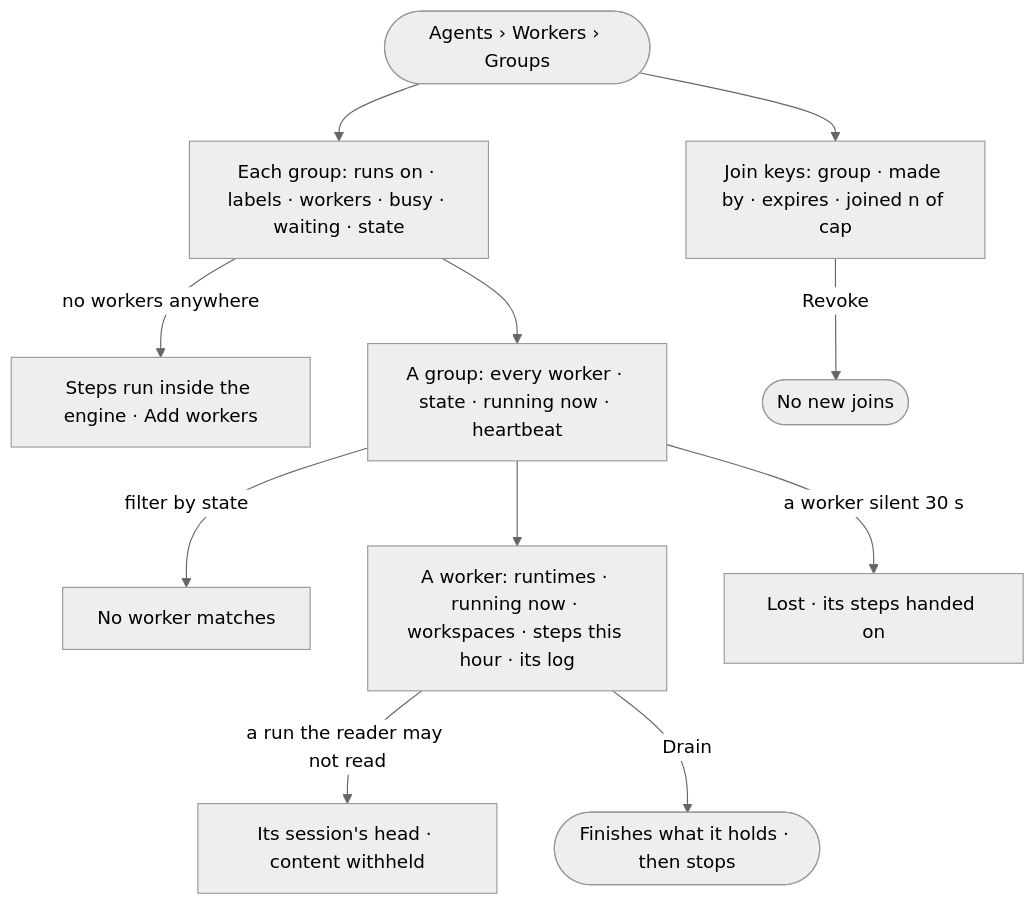
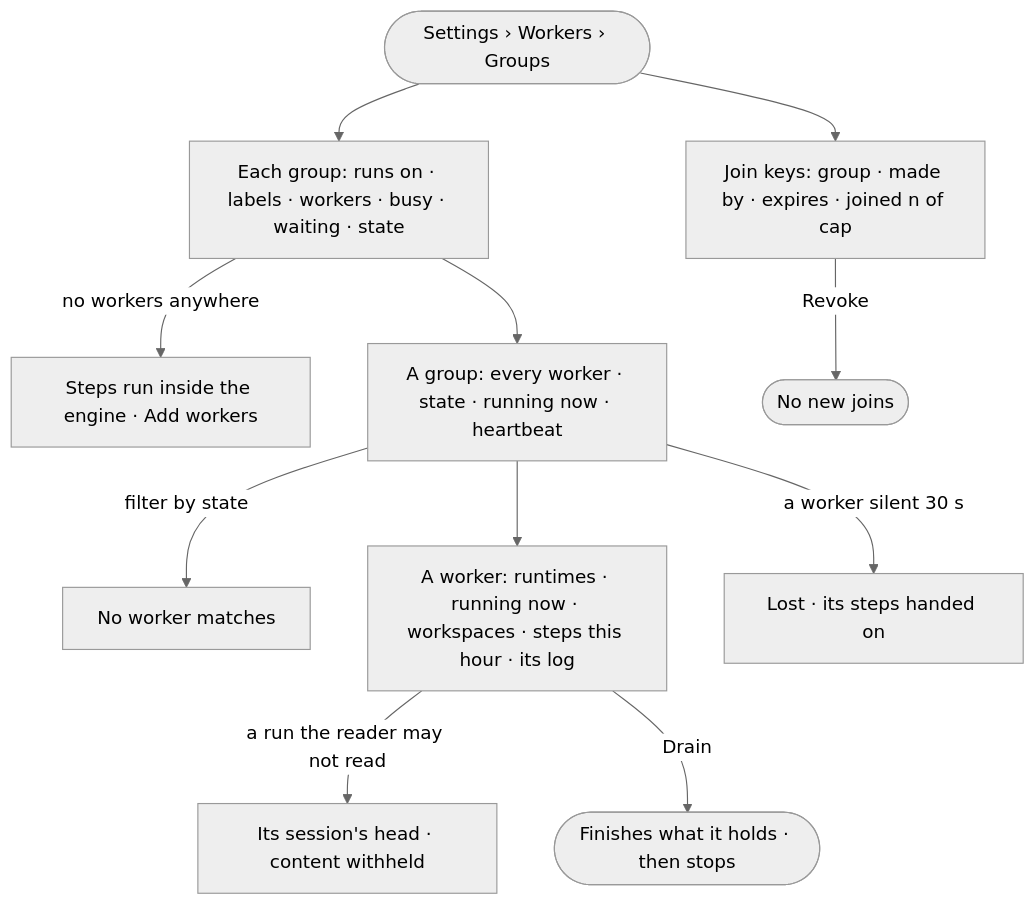
One commit to invana/invana changed the diagram in specs/os/control/features/CP-F03-workers-and-the-queue/stories/CP-09-see-every-worker-and-what-it-is-running/story.md. Above: the diagram before and after it, drawn with Mermaid (neutral theme). The commit also changed other lines of this file and 43 other files, not shown here.

First line of the commit message:
docs(specs): Agents mode keeps work; Plugins, Fleet, Workers move to Settings

````diff
--- a/specs/os/control/features/CP-F03-workers-and-the-queue/stories/CP-09-see-every-worker-and-what-it-is-running/story.md
+++ b/specs/os/control/features/CP-F03-workers-and-the-queue/stories/CP-09-see-every-worker-and-what-it-is-running/story.md
@@ -26,13 +26,13 @@
 ```mermaid
 flowchart TD
-  s([Agents › Workers › Groups]) --> g["Each group: runs on · labels · workers · busy · waiting · state"]
+  s([Settings › Workers › Groups]) --> g["Each group: runs on · labels · workers · busy · waiting · state"]
   g -->|no workers anywhere| nw["Steps run inside the engine · Add workers"]
   g --> grp["A group: every worker · state · running now · heartbeat"]
   grp -->|filter by state| f["No worker matches"]
   grp --> w["A worker: runtimes · running now · workspaces · steps this hour · its log"]
   w -->|a run the reader may not read| wh["Its session's head · content withheld"]
   w -->|Drain| d(["Finishes what it holds · then stops"])
   grp -->|a worker silent 30 s| lost["Lost · its steps handed on"]
   s --> keys["Join keys: group · made by · expires · joined n of cap"]
   keys -->|Revoke| rv(["No new joins"])
 ```
````
